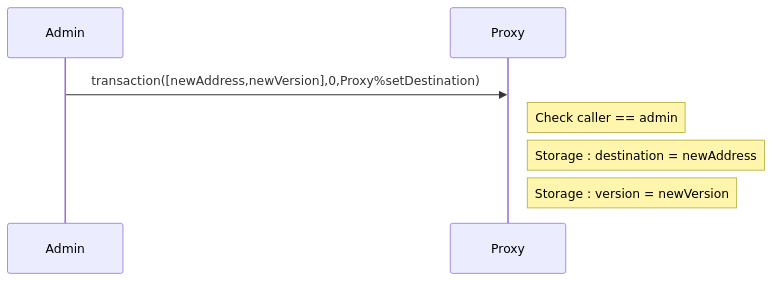
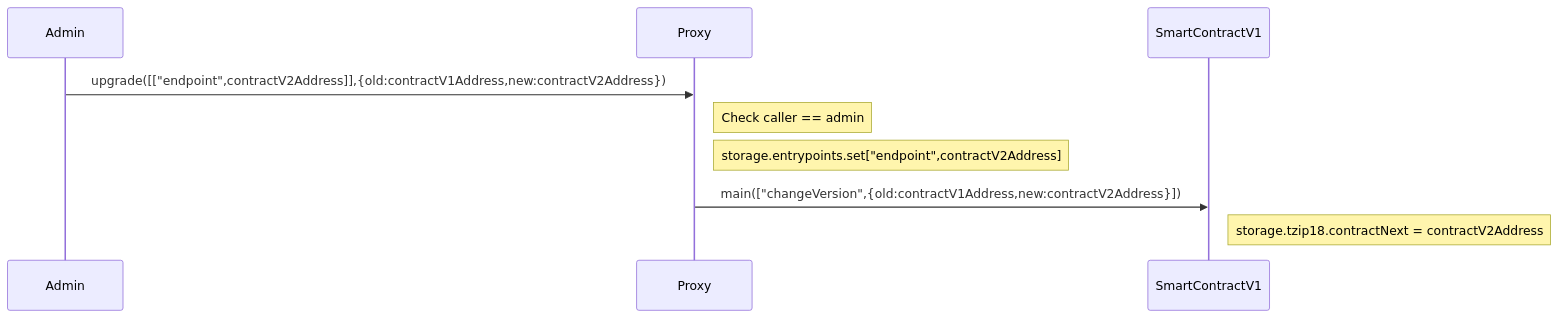
One commit to marigold-dev/training-dapp-4 changed the seventh of 7 diagrams in README.md. Above: the diagram before and after it, drawn with Mermaid. The commit also changed other lines of this file, not shown here.

Commit message:
update flow

````diff
--- a/README.md
+++ b/README.md
@@ -290,7 +292,8 @@
 ```mermaid
 sequenceDiagram
-  Admin->>Proxy: transaction([newAddress,newVersion],0,Proxy%setDestination)
+  Admin->>Proxy: upgrade([["endpoint",contractV2Address]],{old:contractV1Address,new:contractV2Address})
   Note right of Proxy : Check caller == admin
-  Note right of Proxy : Storage : destination =  newAddress
-  Note right of Proxy : Storage : version =  newVersion
+  Note right of Proxy : storage.entrypoints.set["endpoint",contractV2Address]
+  Proxy->>SmartContractV1: main(["changeVersion",{old:contractV1Address,new:contractV2Address}])
+  Note right of SmartContractV1 : storage.tzip18.contractNext = contractV2Address
 ```
````
